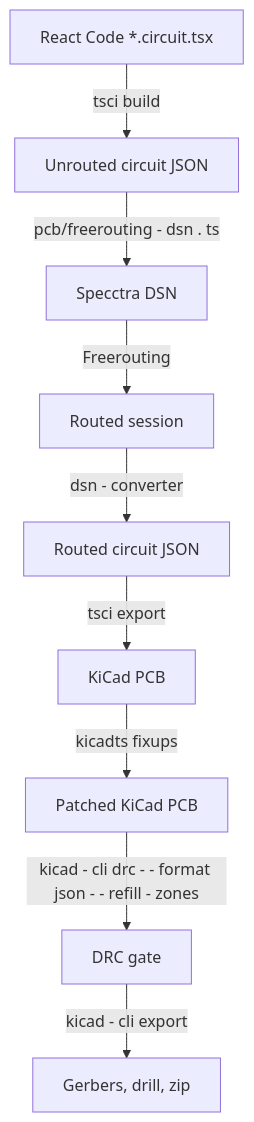
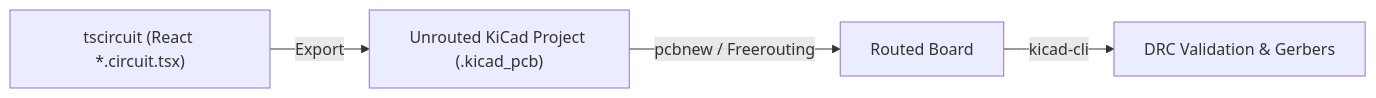
Before and after one commit to jbsohn/lokey-7800-ym2149: the diagram in docs/PCB.md, drawn with Mermaid. The commit also changed other lines of this file and 16 other files, not shown here.

````diff
--- a/docs/PCB.md
+++ b/docs/PCB.md
@@ -65,11 +64,6 @@
 ```mermaid
-graph TD
-    A[React Code *.circuit.tsx] -->|tsci build| B[Unrouted circuit JSON]
-    B -->|pcb/freerouting - dsn . ts| C[Specctra DSN]
-    C -->|Freerouting| D[Routed session]
-    D -->|dsn - converter| E[Routed circuit JSON]
-    E -->|tsci export| F[KiCad PCB]
-    F -->|kicadts fixups| G[Patched KiCad PCB]
-    G -->|kicad - cli drc - - format json - - refill - zones| H[DRC gate]
-    H -->|kicad - cli export| I[Gerbers, drill, zip]
+graph LR
+    A["tscircuit (React *.circuit.tsx)"] -->|Export| B["Unrouted KiCad Project (.kicad_pcb)"]
+    B -->|pcbnew / Freerouting| C["Routed Board"]
+    C -->|kicad-cli| D["DRC Validation & Gerbers"]
 ```
````
